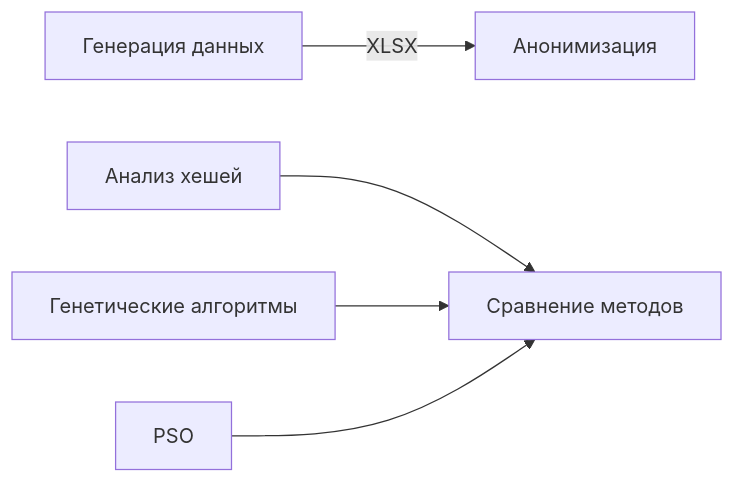
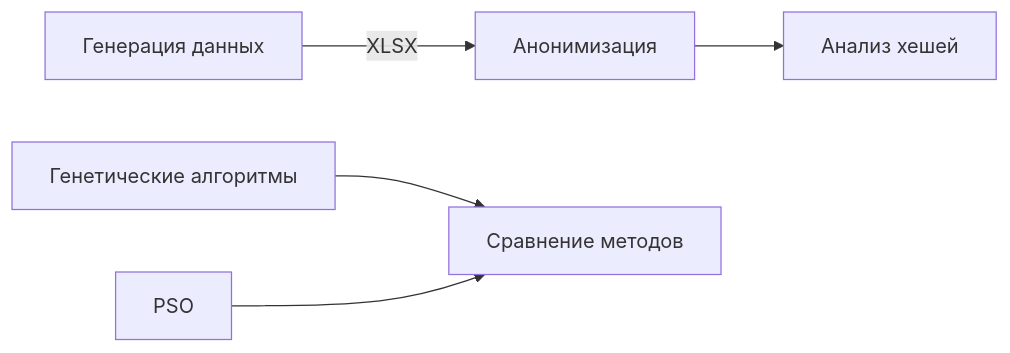
The diagram in README.md (MansurYa/3-sem-labs-for-algorithms-and-data-structures), drawn with Mermaid before and after one commit.

Commit message:
Refactor architecture diagram in README

````diff
--- a/README.md
+++ b/README.md
@@ -11,7 +11,6 @@
 ```mermaid
 graph LR
-  A[Генерация данных] -->|XLSX| B[Анонимизация]
-  C[Анализ хешей] --> D[Сравнение методов]
-  E[Генетические алгоритмы] --> D
+  A[Генерация данных] -->|XLSX| B[Анонимизация] --> C[Анализ хешей]
+  E[Генетические алгоритмы] --> D[Сравнение методов]
   F[PSO] --> D
 ```
````
